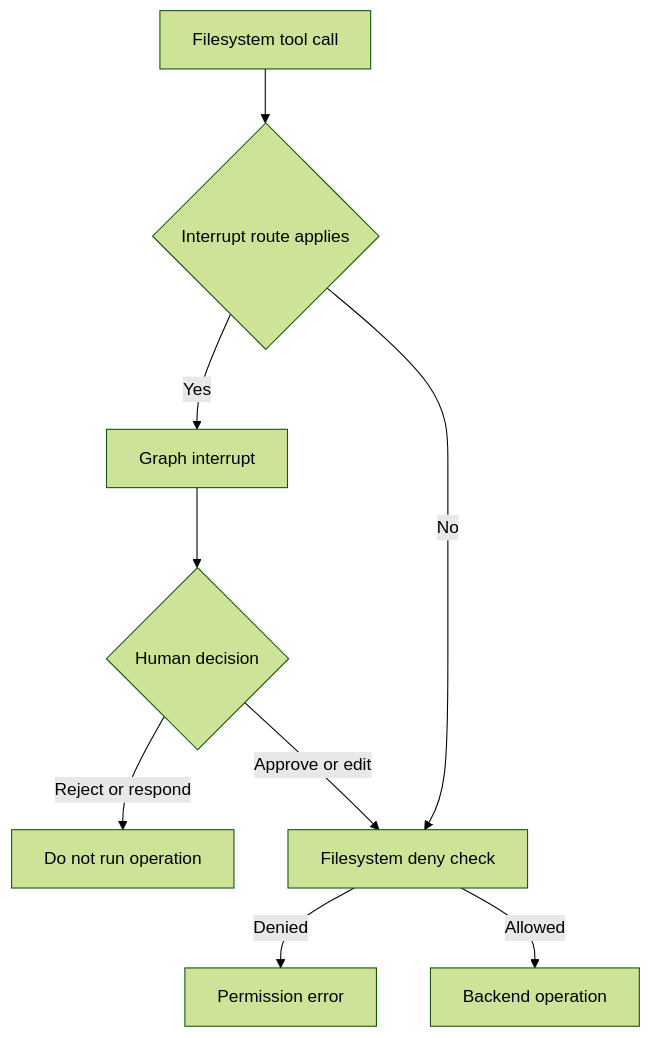
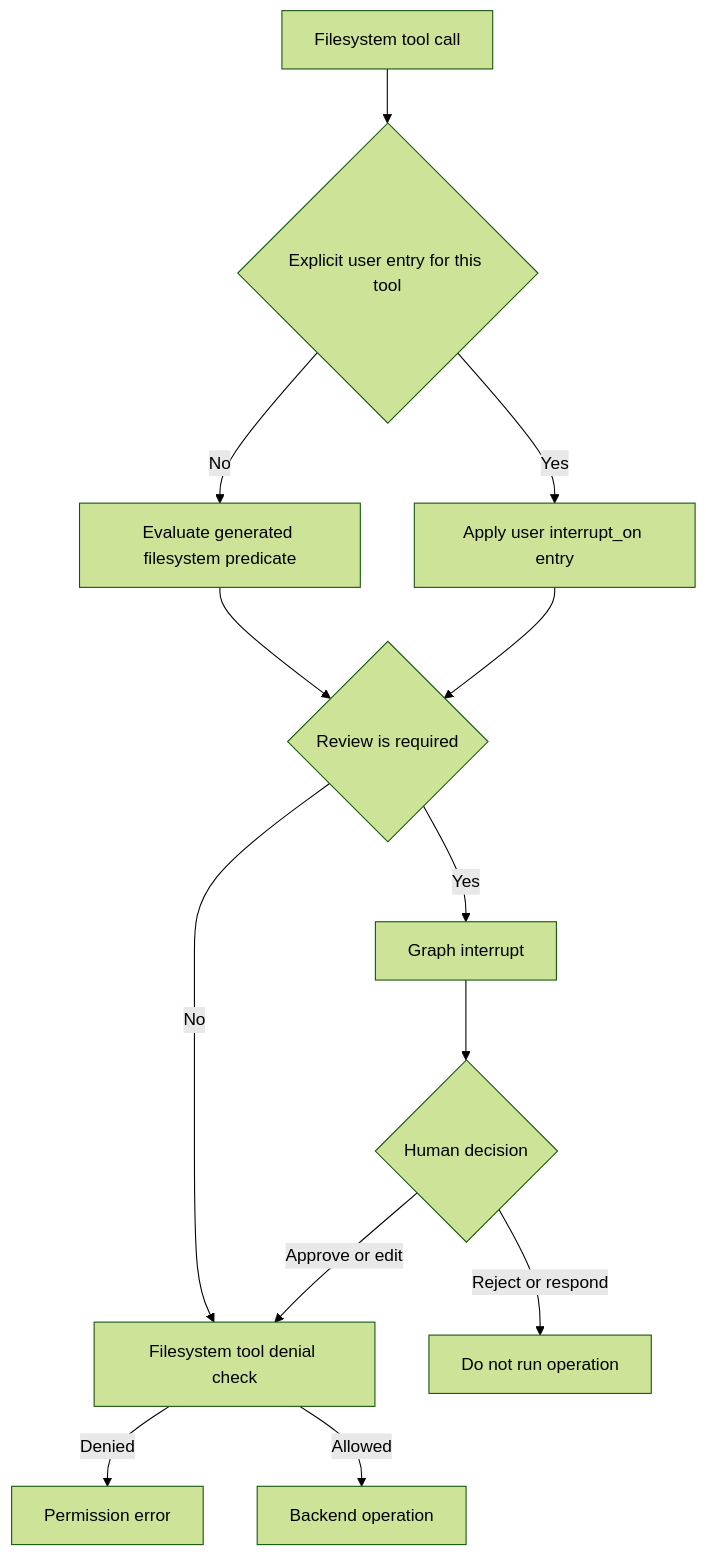
Before and after one commit to langchain-ai/deepagents: the first of 2 diagrams in openwiki/concepts/permissions-hitl.md, drawn with Mermaid (forest theme). The commit also changed other lines of this file and 44 other files, not shown here.

````diff
--- a/openwiki/concepts/permissions-hitl.md
+++ b/openwiki/concepts/permissions-hitl.md
@@ -89,11 +93,15 @@
 ```mermaid
 flowchart TD
-    Call["Filesystem tool call"] --> Gate{"Interrupt route applies"}
+    Call["Filesystem tool call"] --> Route{"Explicit user entry for this tool"}
+    Route -->|Yes| UserRoute["Apply user interrupt_on entry"]
+    Route -->|No| Generated["Evaluate generated filesystem predicate"]
+    Generated --> Gate{"Review is required"}
+    UserRoute --> Gate
     Gate -->|Yes| Pause["Graph interrupt"]
+    Gate -->|No| Check["Filesystem tool denial check"]
     Pause --> Decision{"Human decision"}
     Decision -->|Reject or respond| Halt["Do not run operation"]
-    Decision -->|Approve or edit| Check["Filesystem deny check"]
-    Gate -->|No| Check
+    Decision -->|Approve or edit| Check
     Check -->|Denied| Denied["Permission error"]
     Check -->|Allowed| Run["Backend operation"]
 ```
````
